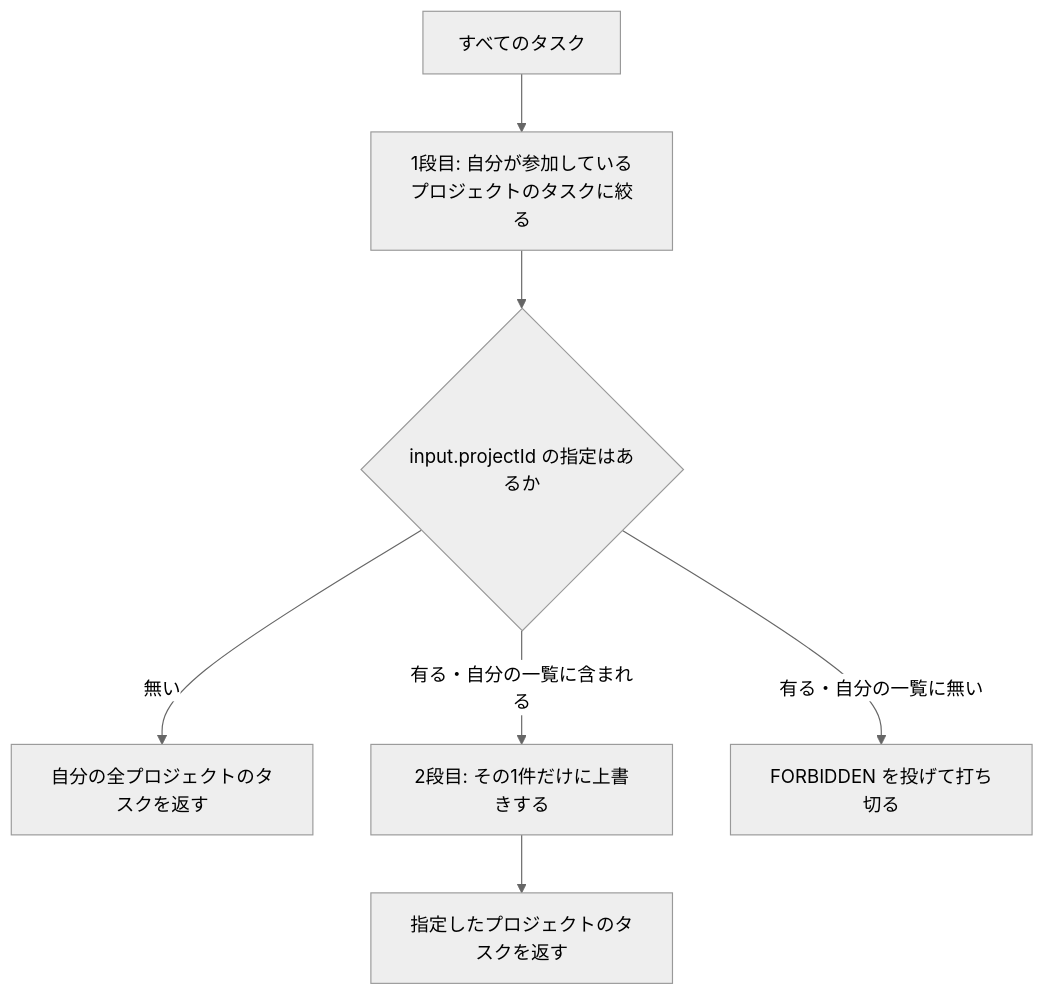
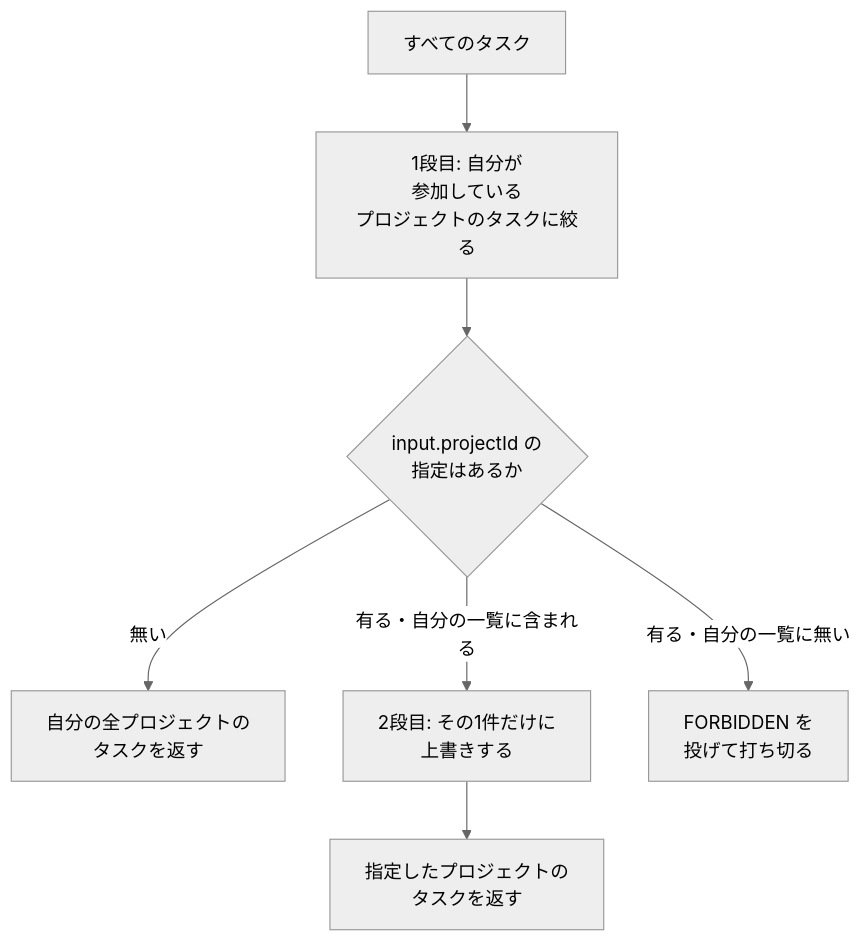
Before and after one commit to kouiso/task-app: the third of 3 diagrams in material/30days-curriculum/day13_タスク一覧画面.md, drawn with Mermaid (neutral theme). The commit also changed other lines of this file and 24 other files, not shown here.

First line of the commit message:
fix(material): Mermaid 図のファイル名キャプションとノード途中折れを直す (#457) (#718)

````diff
--- a/material/30days-curriculum/day13_タスク一覧画面.md
+++ b/material/30days-curriculum/day13_タスク一覧画面.md
@@ -226,9 +226,9 @@
 ```mermaid
 flowchart TB
-    ALL["すべてのタスク"] --> S1["1段目: 自分が参加しているプロジェクトのタスクに絞る"]
-    S1 --> Q{"input.projectId の指定はあるか"}
-    Q -->|"無い"| R1["自分の全プロジェクトのタスクを返す"]
-    Q -->|"有る・自分の一覧に含まれる"| S2["2段目: その1件だけに上書きする"]
-    Q -->|"有る・自分の一覧に無い"| NG["FORBIDDEN を投げて打ち切る"]
-    S2 --> R2["指定したプロジェクトのタスクを返す"]
+    ALL["すべてのタスク"] --> S1["1段目: 自分が<br/>参加している<br/>プロジェクトのタスクに絞る"]
+    S1 --> Q{"input.projectId の<br/>指定はあるか"}
+    Q -->|"無い"| R1["自分の全プロジェクトの<br/>タスクを返す"]
+    Q -->|"有る・自分の一覧に含まれる"| S2["2段目: その1件だけに<br/>上書きする"]
+    Q -->|"有る・自分の一覧に無い"| NG["FORBIDDEN を<br/>投げて打ち切る"]
+    S2 --> R2["指定したプロジェクトの<br/>タスクを返す"]
 ```
````
